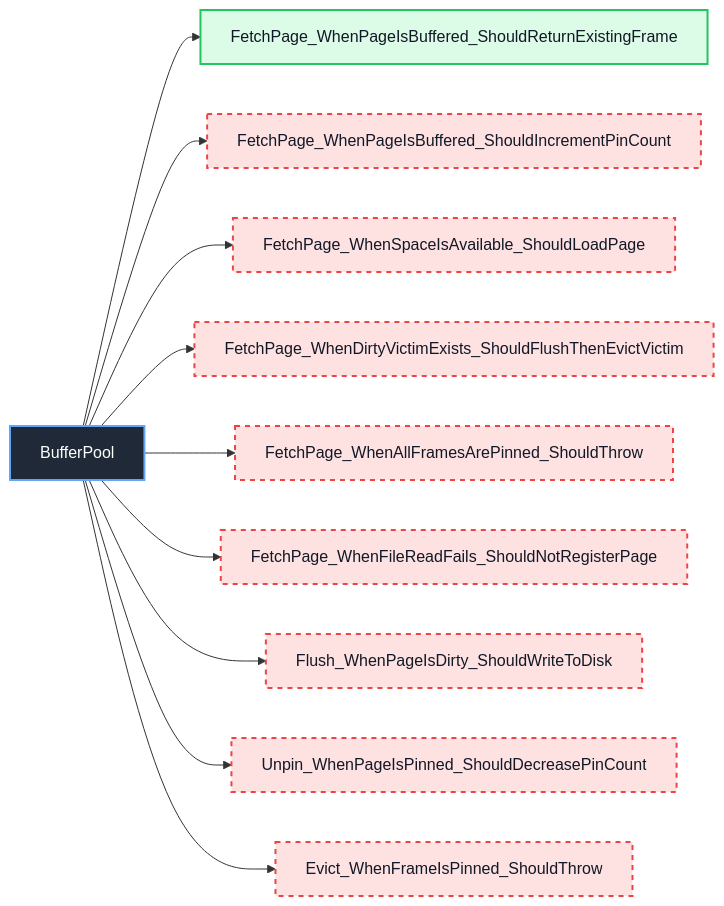
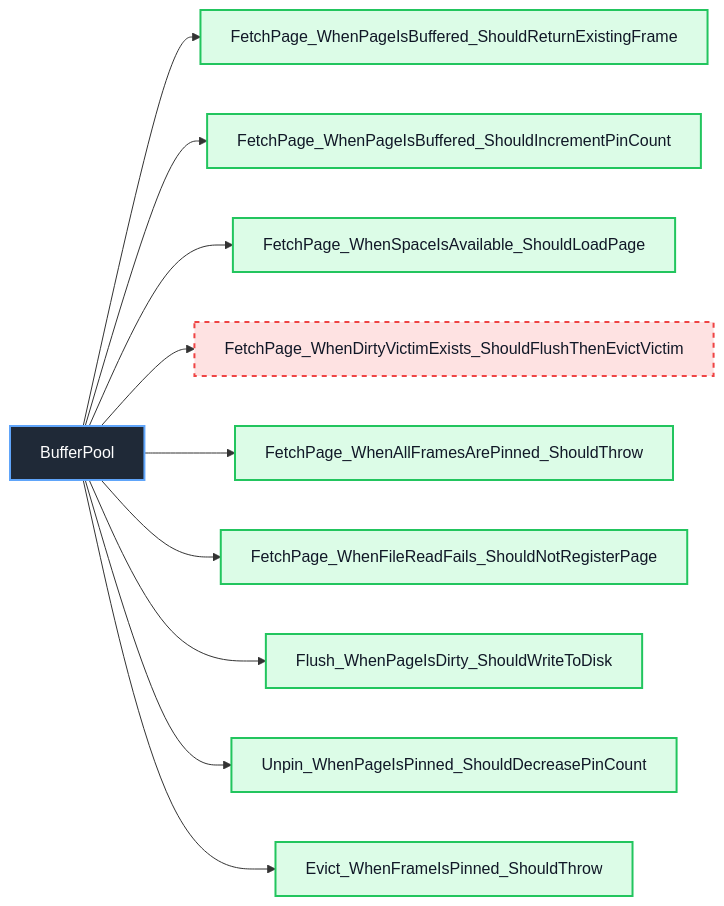
One commit to manaxpow/DBMS changed diagram 18 of 31 in docs/unit-test/README.md. Above: the diagram before and after it, drawn with Mermaid. The commit also changed other lines of this file and 10 other files, not shown here.

````diff
--- a/docs/unit-test/README.md
+++ b/docs/unit-test/README.md
@@ -405,22 +405,22 @@
 ```mermaid
 flowchart LR
     Class_BufferPool["BufferPool"]
 
     Class_BufferPool --> BP_001["FetchPage_WhenPageIsBuffered_ShouldReturnExistingFrame"]
     Class_BufferPool --> BP_002["FetchPage_WhenPageIsBuffered_ShouldIncrementPinCount"]
     Class_BufferPool --> BP_003["FetchPage_WhenSpaceIsAvailable_ShouldLoadPage"]
     Class_BufferPool --> BP_004["FetchPage_WhenDirtyVictimExists_ShouldFlushThenEvictVictim"]
     Class_BufferPool --> BP_005["FetchPage_WhenAllFramesArePinned_ShouldThrow"]
     Class_BufferPool --> BP_006["FetchPage_WhenFileReadFails_ShouldNotRegisterPage"]
     Class_BufferPool --> BP_007["Flush_WhenPageIsDirty_ShouldWriteToDisk"]
     Class_BufferPool --> BP_008["Unpin_WhenPageIsPinned_ShouldDecreasePinCount"]
     Class_BufferPool --> BP_009["Evict_WhenFrameIsPinned_ShouldThrow"]
 
     classDef classNode fill:#1f2937,stroke:#60a5fa,color:#ffffff,stroke-width:2px
     classDef completedTest fill:#dcfce7,stroke:#22c55e,color:#111827,stroke-width:2px
     classDef missingTest fill:#fee2e2,stroke:#ef4444,color:#111827,stroke-width:2px,stroke-dasharray: 5 5
 
     class Class_BufferPool classNode
-    class BP_001 completedTest
-    class BP_002,BP_003,BP_004,BP_005,BP_006,BP_007,BP_008,BP_009 missingTest
+    class BP_001,BP_002,BP_003,BP_005,BP_006,BP_007,BP_008,BP_009 completedTest
+    class BP_004 missingTest
 ```
````
